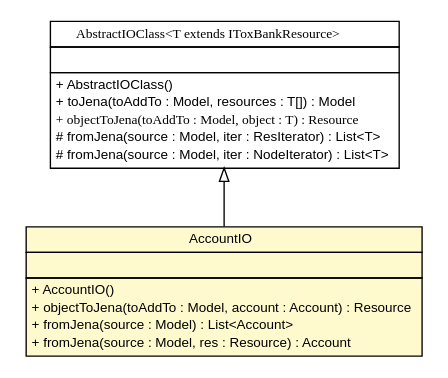
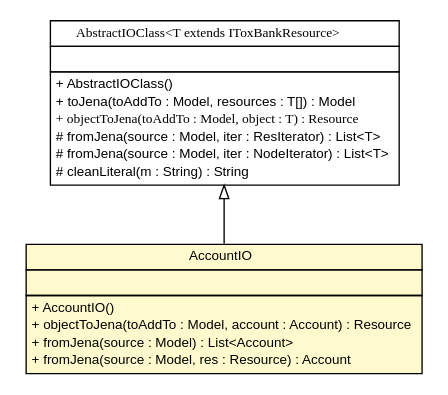
The diagram in apidocs/net/toxbank/client/io/rdf/AccountIO.dot (ToxBank/toxbank-api-beans), drawn with Graphviz before and after one commit. The commit also changed 216 other files, not shown here.

```diff
--- a/apidocs/net/toxbank/client/io/rdf/AccountIO.dot
+++ b/apidocs/net/toxbank/client/io/rdf/AccountIO.dot
@@ -1,43 +1,44 @@
 #!/usr/local/bin/dot
 #
 # Class diagram 
 # Generated by UmlGraph version 4.6 (http://www.spinellis.gr/sw/umlgraph)
 #
 
 digraph G {
 	edge [fontname="arial",fontsize=10,labelfontname="arial",labelfontsize=10];
 	node [fontname="arial",fontsize=10,shape=plaintext];
 	// net.toxbank.client.io.rdf.AccountIO
-	c494 [label=<<table border="0" cellborder="1" cellspacing="0" cellpadding="2" port="p" bgcolor="lemonChiffon" href="./AccountIO.html">
+	c626 [label=<<table border="0" cellborder="1" cellspacing="0" cellpadding="2" port="p" bgcolor="lemonChiffon" href="./AccountIO.html">
 		<tr><td><table border="0" cellspacing="0" cellpadding="1">
 			<tr><td> AccountIO </td></tr>
 		</table></td></tr>
 		<tr><td><table border="0" cellspacing="0" cellpadding="1">
 			<tr><td align="left">  </td></tr>
 		</table></td></tr>
 		<tr><td><table border="0" cellspacing="0" cellpadding="1">
 			<tr><td align="left"> + AccountIO() </td></tr>
 			<tr><td align="left"> + objectToJena(toAddTo : Model, account : Account) : Resource </td></tr>
 			<tr><td align="left"> + fromJena(source : Model) : List&lt;Account&gt; </td></tr>
 			<tr><td align="left"> + fromJena(source : Model, res : Resource) : Account </td></tr>
 		</table></td></tr>
 		</table>>, fontname="arial", fontcolor="black", fontsize=10.0];
 	// net.toxbank.client.io.rdf.AbstractIOClass<T extends net.toxbank.client.resource.IToxBankResource>
-	c495 [label=<<table border="0" cellborder="1" cellspacing="0" cellpadding="2" port="p" href="./AbstractIOClass.html">
+	c627 [label=<<table border="0" cellborder="1" cellspacing="0" cellpadding="2" port="p" href="./AbstractIOClass.html">
 		<tr><td><table border="0" cellspacing="0" cellpadding="1">
 			<tr><td><font face="ariali"> AbstractIOClass&lt;T extends IToxBankResource&gt; </font></td></tr>
 		</table></td></tr>
 		<tr><td><table border="0" cellspacing="0" cellpadding="1">
 			<tr><td align="left">  </td></tr>
 		</table></td></tr>
 		<tr><td><table border="0" cellspacing="0" cellpadding="1">
 			<tr><td align="left"> + AbstractIOClass() </td></tr>
 			<tr><td align="left"> + toJena(toAddTo : Model, resources : T[]) : Model </td></tr>
 			<tr><td align="left"><font face="ariali" point-size="10.0"> + objectToJena(toAddTo : Model, object : T) : Resource </font></td></tr>
 			<tr><td align="left"> # fromJena(source : Model, iter : ResIterator) : List&lt;T&gt; </td></tr>
 			<tr><td align="left"> # fromJena(source : Model, iter : NodeIterator) : List&lt;T&gt; </td></tr>
+			<tr><td align="left"> # cleanLiteral(m : String) : String </td></tr>
 		</table></td></tr>
 		</table>>, fontname="arial", fontcolor="black", fontsize=10.0];
 	//net.toxbank.client.io.rdf.AccountIO extends net.toxbank.client.io.rdf.AbstractIOClass<net.toxbank.client.resource.Account>
-	c495:p -> c494:p [dir=back,arrowtail=empty];
+	c627:p -> c626:p [dir=back,arrowtail=empty];
 }
```
